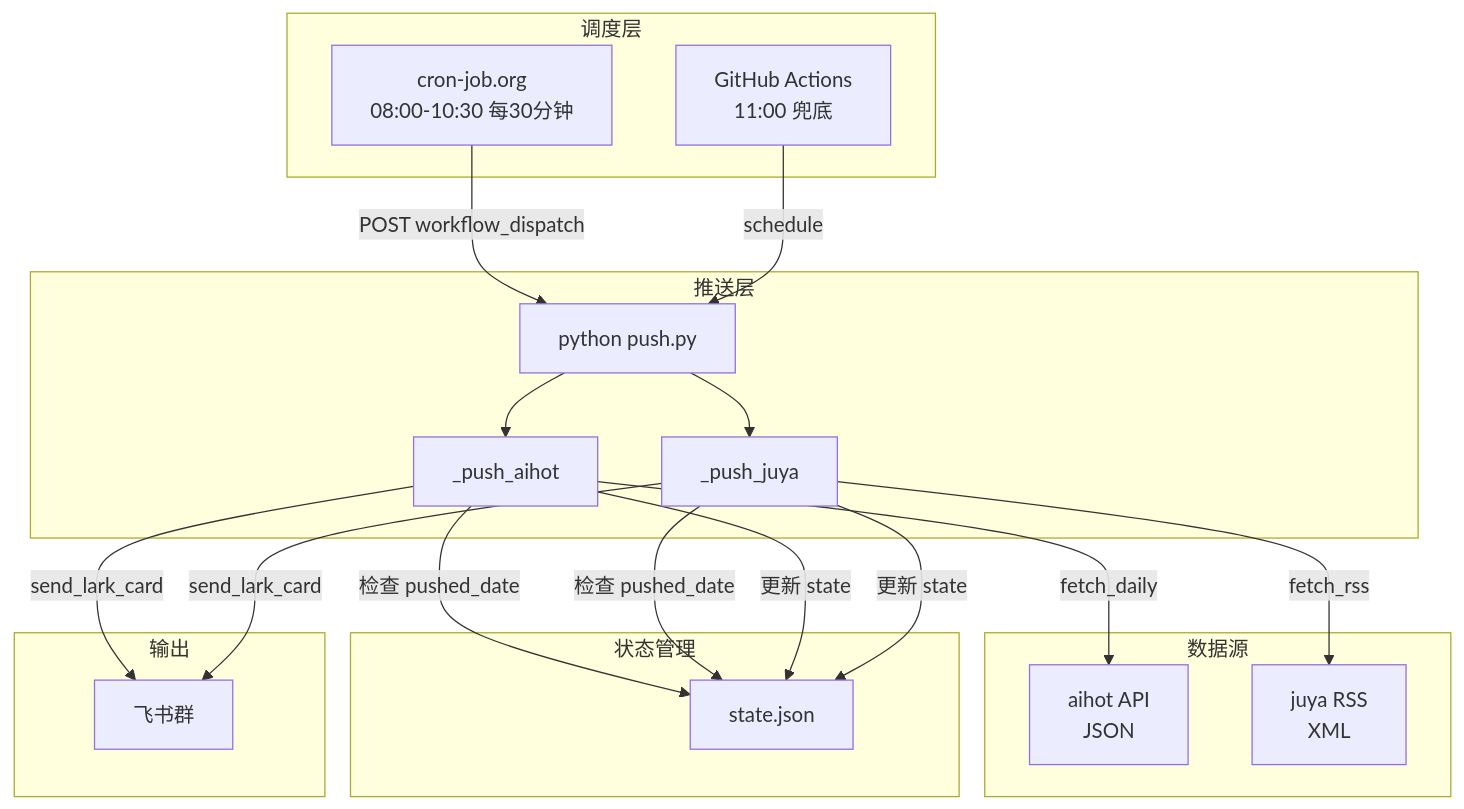
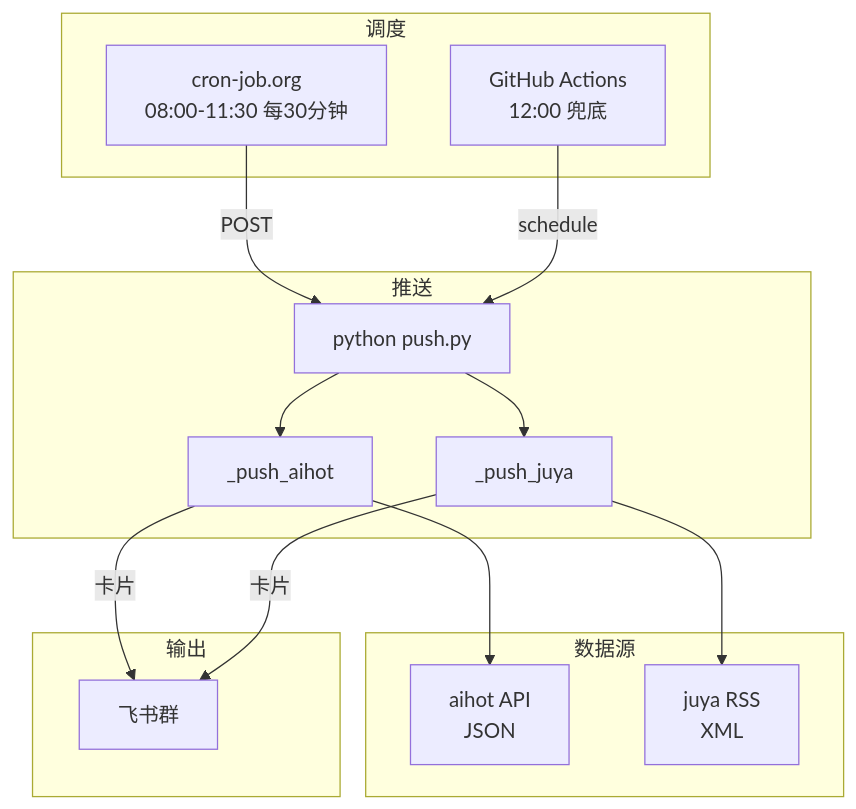
Before and after one commit to Ai-luren/Ainews-to-Feishu: the diagram in README.md, drawn with Mermaid. The commit also changed other lines of this file, not shown here.

````diff
--- a/README.md
+++ b/README.md
@@ -51,39 +91,29 @@
 ```mermaid
 flowchart TB
-    subgraph 调度["调度层"]
-        C1[cron-job.org<br/>08:00-10:30 每30分钟]
-        C2[GitHub Actions<br/>11:00 兜底]
+    subgraph 调度["调度"]
+        C1[cron-job.org<br/>08:00-11:30 每30分钟]
+        C2[GitHub Actions<br/>12:00 兜底]
     end
 
-    subgraph 推送["推送层"]
+    subgraph 推送["推送"]
         P[python push.py]
         A[_push_aihot]
         J[_push_juya]
     end
 
     subgraph 数据["数据源"]
         A1[aihot API<br/>JSON]
         J1[juya RSS<br/>XML]
     end
 
-    subgraph 状态["状态管理"]
-        S[state.json]
-    end
-
     subgraph 输出["输出"]
         F[飞书群]
     end
 
-    C1 -->|POST workflow_dispatch| P
+    C1 -->|POST| P
     C2 -->|schedule| P
-    P --> A
-    P --> J
-    A -->|fetch_daily| A1
-    J -->|fetch_rss| J1
-    A -->|检查 pushed_date| S
-    J -->|检查 pushed_date| S
-    A -->|send_lark_card| F
-    J -->|send_lark_card| F
-    A -->|更新 state| S
-    J -->|更新 state| S
+    P --> A --> A1
+    P --> J --> J1
+    A -->|卡片| F
+    J -->|卡片| F
 ```
````
